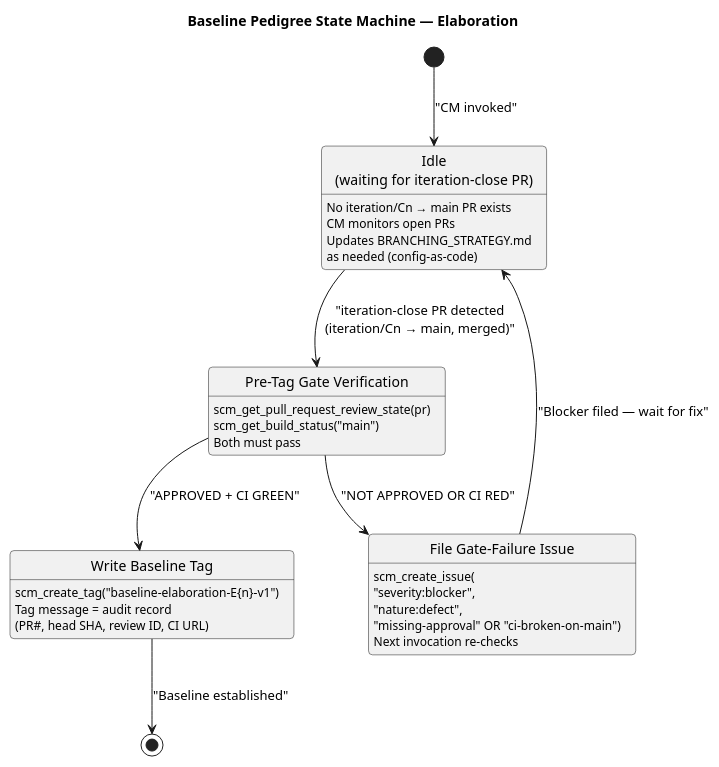
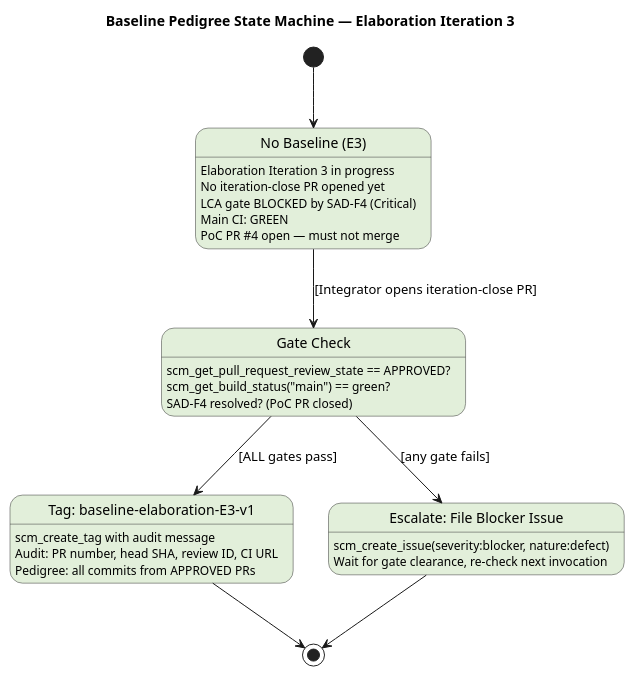
Before and after one commit to banense-test/demo-janke-lab: the second of 3 diagrams in docs/BRANCHING_STRATEGY.md, drawn with PlantUML. The commit also changed other lines of this file, not shown here.

First line of the commit message:
chore: update BRANCHING_STRATEGY.md for Elaboration Iteration 3

````diff
--- a/docs/BRANCHING_STRATEGY.md
+++ b/docs/BRANCHING_STRATEGY.md
@@ -184,46 +162,46 @@
 ```plantuml
 @startuml
-title Baseline Pedigree State Machine — Elaboration
-
-skinparam shadowing false
-skinparam roundCorner 8
-
-[*] --> Idle : "CM invoked"
-
-state "Idle\n(waiting for iteration-close PR)" as Idle {
-  Idle : No iteration/Cn → main PR exists
-  Idle : CM monitors open PRs
-  Idle : Updates BRANCHING_STRATEGY.md
-  Idle : as needed (config-as-code)
+title Baseline Pedigree State Machine — Elaboration Iteration 3
+skinparam state {
+  BackgroundColor #E2EFDA
+  BorderColor #333333
 }
 
-Idle --> GateCheck : "iteration-close PR detected\n(iteration/Cn → main, merged)"
+[*] --> NoBaseline
 
-state "Pre-Tag Gate Verification" as GateCheck {
-  GateCheck : scm_get_pull_request_review_state(pr)
-  GateCheck : scm_get_build_status("main")
-  GateCheck : Both must pass
+state "No Baseline (E3)" as NoBaseline {
+  NoBaseline : Elaboration Iteration 3 in progress
+  NoBaseline : No iteration-close PR opened yet
+  NoBaseline : LCA gate BLOCKED by SAD-F4 (Critical)
+  NoBaseline : Main CI: GREEN
+  NoBaseline : PoC PR #4 open — must not merge
 }
 
-GateCheck --> Tag : "APPROVED + CI GREEN"
-GateCheck --> Escalate : "NOT APPROVED OR CI RED"
+NoBaseline --> GateCheck : [Integrator opens iteration-close PR]
 
-state "Write Baseline Tag" as Tag {
-  Tag : scm_create_tag("baseline-elaboration-E{n}-v1")
-  Tag : Tag message = audit record
-  Tag : (PR#, head SHA, review ID, CI URL)
+state "Gate Check" as GateCheck {
+  GateCheck : scm_get_pull_request_review_state == APPROVED?
+  GateCheck : scm_get_build_status("main") == green?
+  GateCheck : SAD-F4 resolved? (PoC PR closed)
 }
 
-state "File Gate-Failure Issue" as Escalate {
-  Escalate : scm_create_issue(
-  Escalate :   "severity:blocker",
-  Escalate :   "nature:defect",
-  Escalate :   "missing-approval" OR "ci-broken-on-main")
-  Escalate : Next invocation re-checks
+GateCheck --> TagBaseline : [ALL gates pass]
+GateCheck --> Escalate : [any gate fails]
+
+state "Tag: baseline-elaboration-E3-v1" as TagBaseline {
+  TagBaseline : scm_create_tag with audit message
+  TagBaseline : Audit: PR number, head SHA, review ID, CI URL
+  TagBaseline : Pedigree: all commits from APPROVED PRs
 }
 
-Tag --> [*] : "Baseline established"
-Escalate --> Idle : "Blocker filed — wait for fix"
+TagBaseline --> [*]
+
+state "Escalate: File Blocker Issue" as Escalate {
+  Escalate : scm_create_issue(severity:blocker, nature:defect)
+  Escalate : Wait for gate clearance, re-check next invocation
+}
+
+Escalate --> [*]
 
 @enduml
 ```
````
